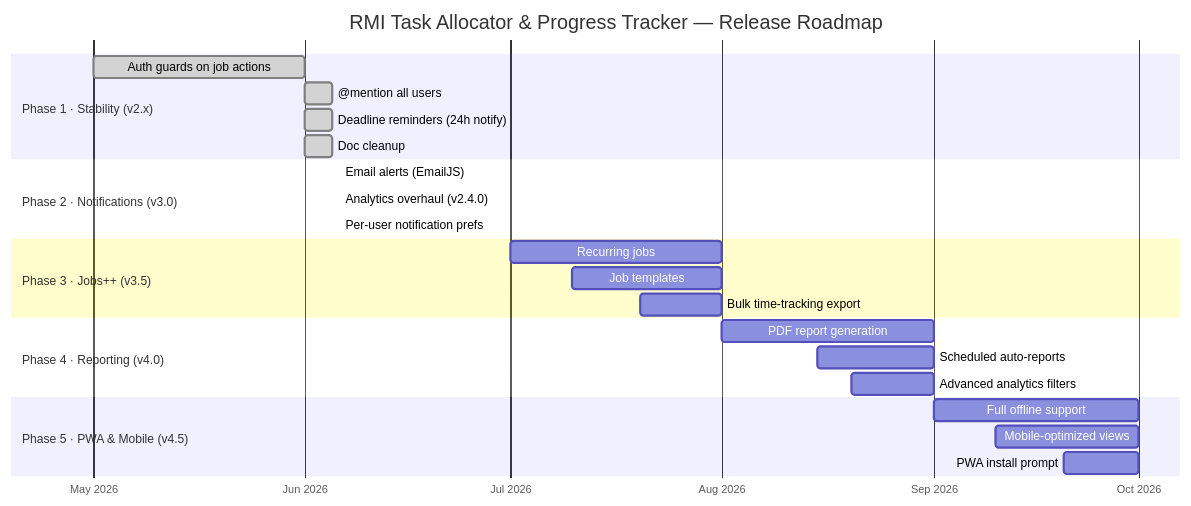
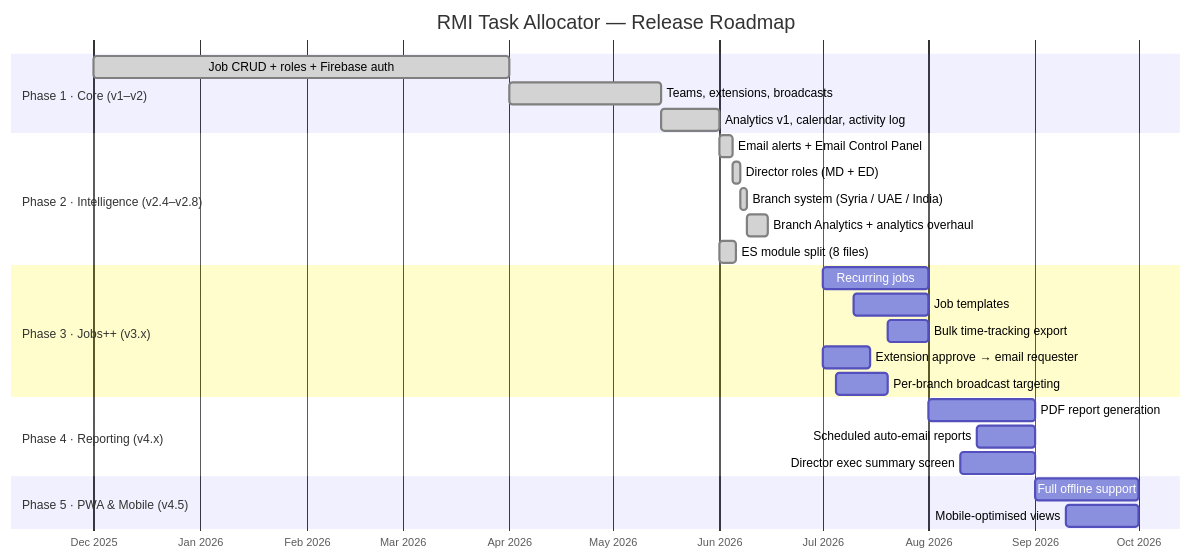
Before and after one commit to abdullahtalsayed/RMI-Task-Allocator-Project: the diagram in README.md, drawn with Mermaid. The commit also changed other lines of this file, not shown here.

First line of the commit message:
docs: complete README overhaul (v2.8.4)

````diff
--- a/README.md
+++ b/README.md
@@ -94,32 +409,34 @@
 ```mermaid
 gantt
-    title RMI Task Allocator & Progress Tracker — Release Roadmap
+    title RMI Task Allocator — Release Roadmap
     dateFormat  YYYY-MM-DD
     axisFormat  %b %Y
 
-    section Phase 1 · Stability (v2.x)
-    Auth guards on job actions         :done,    p1a, 2026-05-01, 2026-06-01
-    @mention all users                 :done,    p1b, 2026-06-01, 2026-06-05
-    Deadline reminders (24h notify)    :done,    p1c, 2026-06-01, 2026-06-05
-    Doc cleanup                        :done,    p1d, 2026-06-01, 2026-06-05
+    section Phase 1 · Core (v1–v2)
+    Job CRUD + roles + Firebase auth         :done, 2025-12-01, 2026-04-01
+    Teams, extensions, broadcasts            :done, 2026-04-01, 2026-05-15
+    Analytics v1, calendar, activity log     :done, 2026-05-15, 2026-06-01
 
-    section Phase 2 · Notifications (v3.0)
-    Email alerts (EmailJS)             :done,    p2a, 2026-06-06, 2026-06-06
-    Analytics overhaul (v2.4.0)        :done,    p2b, 2026-06-06, 2026-06-06
-    Per-user notification prefs        :done,    p2c, 2026-06-06, 2026-06-06
+    section Phase 2 · Intelligence (v2.4–v2.8)
+    Email alerts + Email Control Panel       :done, 2026-06-01, 2026-06-05
+    Director roles (MD + ED)                 :done, 2026-06-05, 2026-06-07
+    Branch system (Syria / UAE / India)      :done, 2026-06-07, 2026-06-09
+    Branch Analytics + analytics overhaul    :done, 2026-06-09, 2026-06-15
+    ES module split (8 files)                :done, 2026-06-01, 2026-06-06
 
-    section Phase 3 · Jobs++ (v3.5)
-    Recurring jobs                     :         p3a, 2026-07-01, 2026-08-01
-    Job templates                      :         p3b, 2026-07-10, 2026-08-01
-    Bulk time-tracking export          :         p3c, 2026-07-20, 2026-08-01
+    section Phase 3 · Jobs++ (v3.x)
+    Recurring jobs                           :      2026-07-01, 2026-08-01
+    Job templates                            :      2026-07-10, 2026-08-01
+    Bulk time-tracking export                :      2026-07-20, 2026-08-01
+    Extension approve → email requester      :      2026-07-01, 2026-07-15
+    Per-branch broadcast targeting           :      2026-07-05, 2026-07-20
 
-    section Phase 4 · Reporting (v4.0)
-    PDF report generation              :         p4a, 2026-08-01, 2026-09-01
-    Scheduled auto-reports             :         p4b, 2026-08-15, 2026-09-01
-    Advanced analytics filters         :         p4c, 2026-08-20, 2026-09-01
+    section Phase 4 · Reporting (v4.x)
+    PDF report generation                    :      2026-08-01, 2026-09-01
+    Scheduled auto-email reports             :      2026-08-15, 2026-09-01
+    Director exec summary screen             :      2026-08-10, 2026-09-01
 
     section Phase 5 · PWA & Mobile (v4.5)
-    Full offline support               :         p5a, 2026-09-01, 2026-10-01
-    Mobile-optimized views             :         p5b, 2026-09-10, 2026-10-01
-    PWA install prompt                 :         p5c, 2026-09-20, 2026-10-01
+    Full offline support                     :      2026-09-01, 2026-10-01
+    Mobile-optimised views                   :      2026-09-10, 2026-10-01
 ```
````
